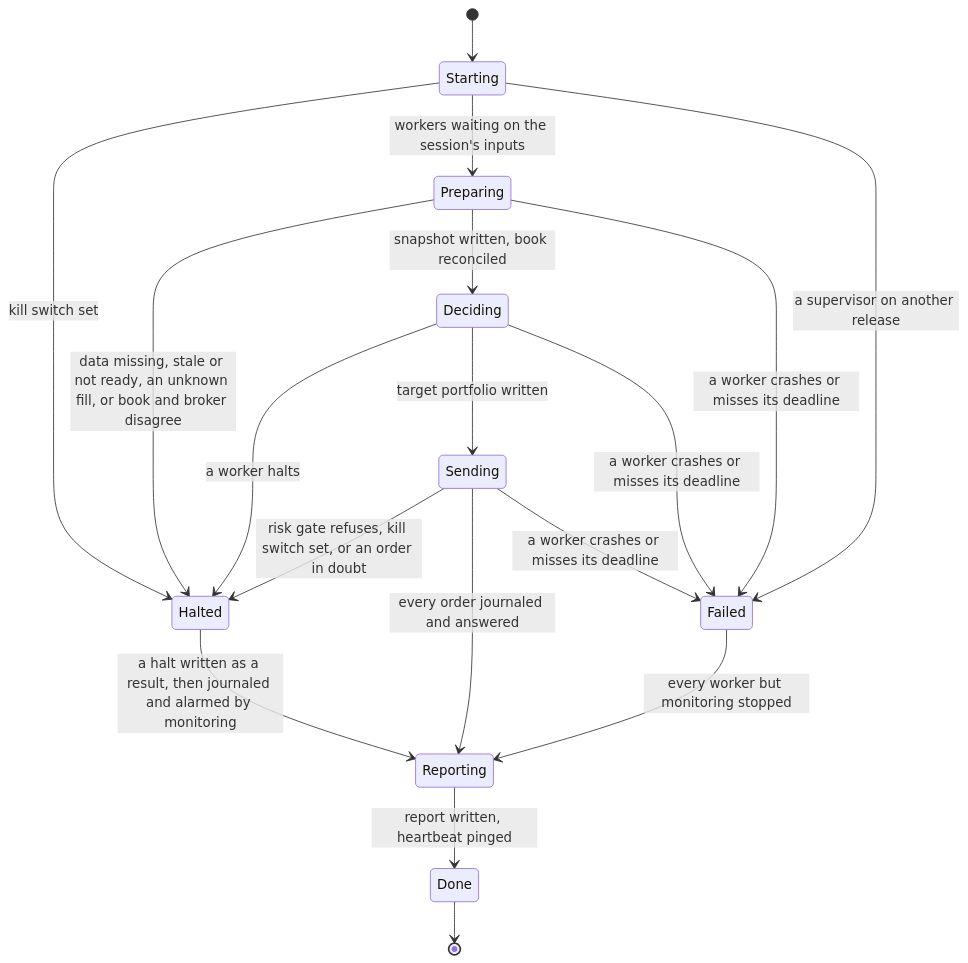
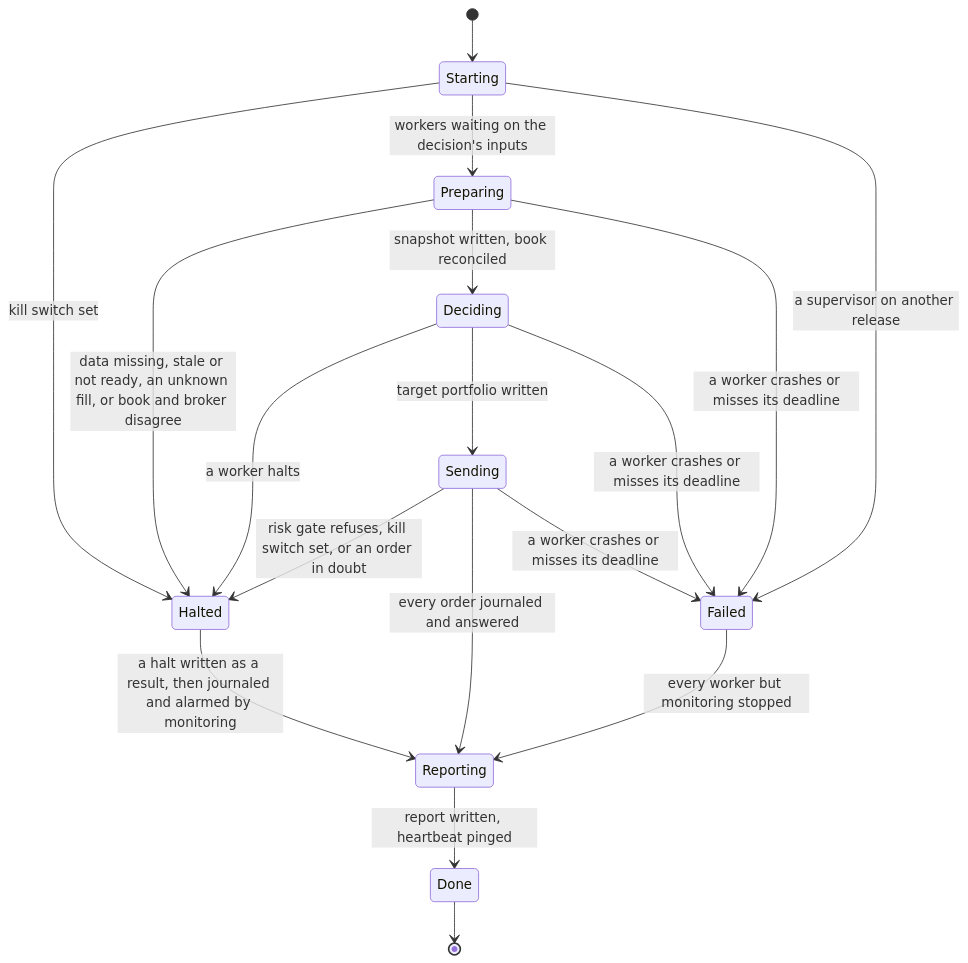
Diagram 13 of 16 in docs/architecture.md (l3a0/ithildin-runtime), drawn with Mermaid before and after one commit. The commit also changed other lines of this file and 2 other files, not shown here.

````diff
--- a/docs/architecture.md
+++ b/docs/architecture.md
@@ -1252,20 +1269,20 @@
 ```mermaid
 stateDiagram-v2
     [*] --> Starting
     Starting --> Halted: kill switch set
-    Starting --> Preparing: workers waiting on the session's inputs
+    Starting --> Preparing: workers waiting on the decision's inputs
     Preparing --> Halted: data missing, stale or not ready, an unknown fill, or book and broker disagree
     Preparing --> Deciding: snapshot written, book reconciled
     Deciding --> Halted: a worker halts
     Deciding --> Sending: target portfolio written
     Sending --> Halted: risk gate refuses, kill switch set, or an order in doubt
     Sending --> Reporting: every order journaled and answered
     Halted --> Reporting: a halt written as a result, then journaled and alarmed by monitoring
     Reporting --> Done: report written, heartbeat pinged
     Done --> [*]
     Starting --> Failed: a supervisor on another release
     Preparing --> Failed: a worker crashes or misses its deadline
     Deciding --> Failed: a worker crashes or misses its deadline
     Sending --> Failed: a worker crashes or misses its deadline
     Failed --> Reporting: every worker but monitoring stopped
 ```
````
